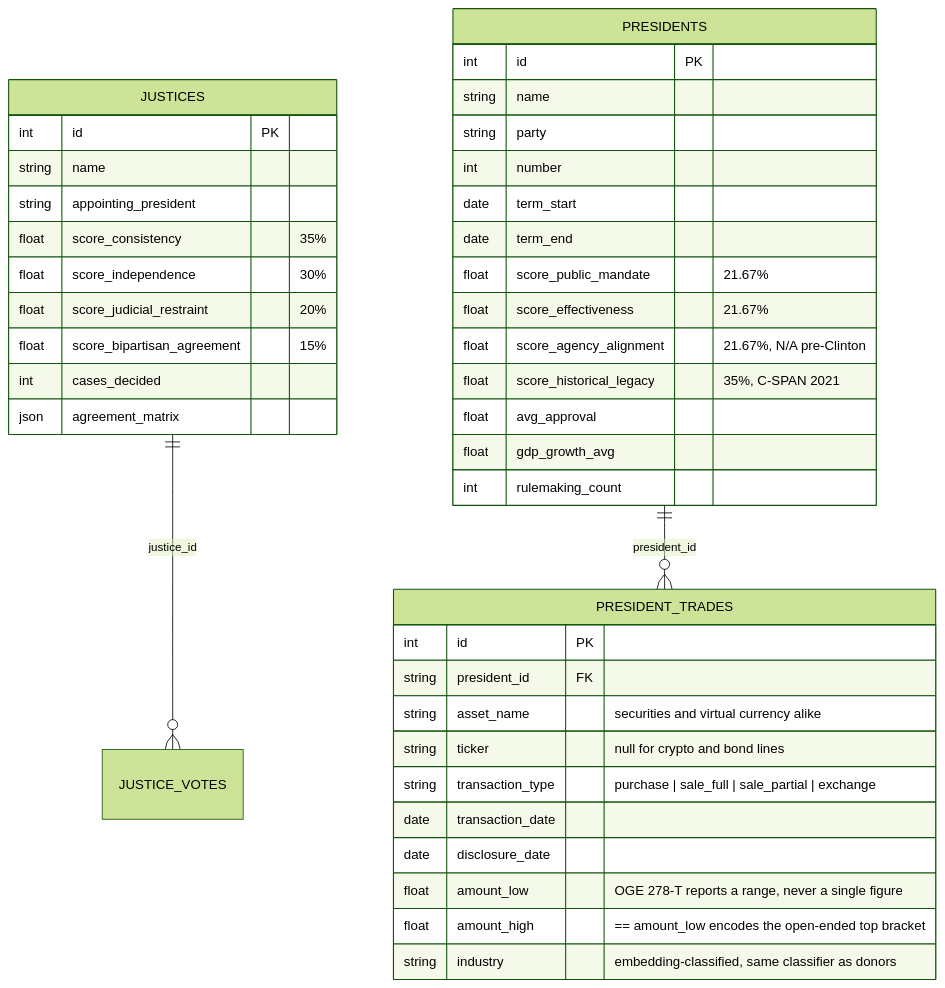
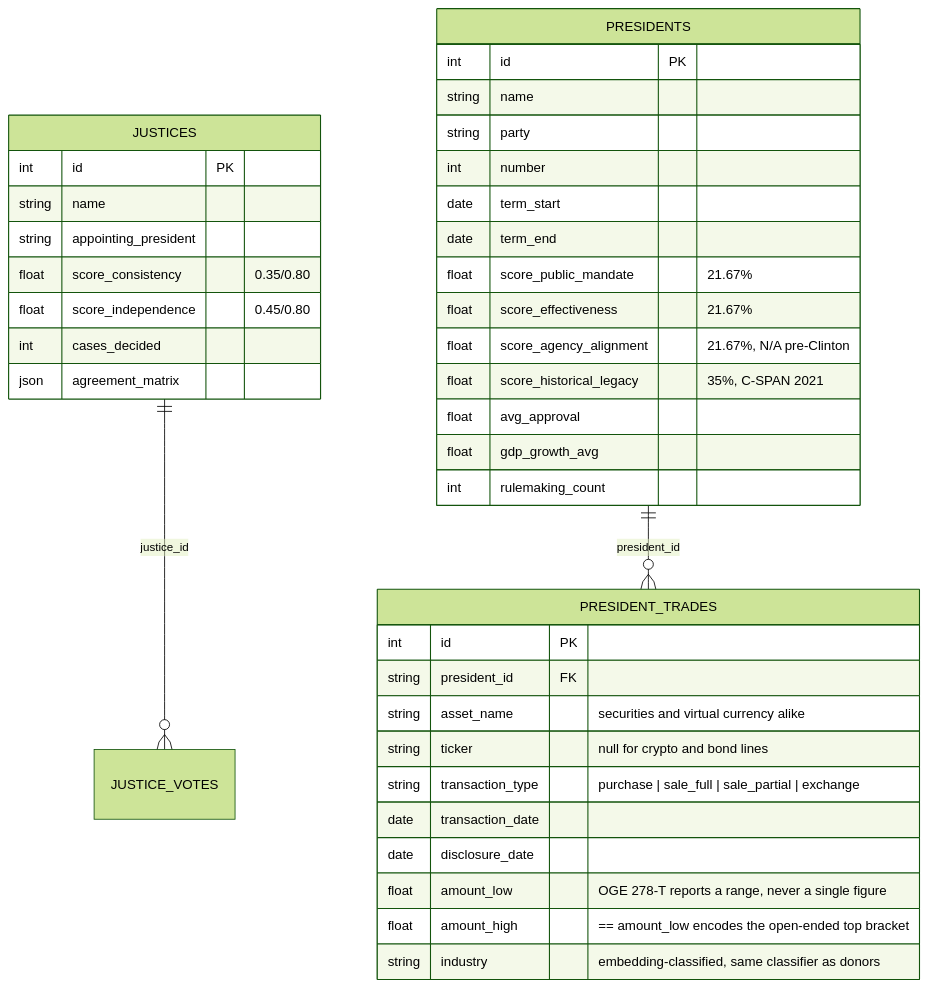
One commit to kamoras/civitas changed the second of 5 diagrams in docs/diagrams/07-data-model.md. Above: the diagram before and after it, drawn with Mermaid (forest theme). The commit also changed other lines of this file and 171 other files, not shown here.

````diff
--- a/docs/diagrams/07-data-model.md
+++ b/docs/diagrams/07-data-model.md
@@ -79,46 +79,44 @@
 ```mermaid
 erDiagram
     JUSTICES ||--o{ JUSTICE_VOTES : "justice_id"
     PRESIDENTS ||--o{ PRESIDENT_TRADES : "president_id"
 
     PRESIDENTS {
         int id PK
         string name
         string party
         int number
         date term_start
         date term_end
         float score_public_mandate "21.67%"
         float score_effectiveness "21.67%"
         float score_agency_alignment "21.67%, N/A pre-Clinton"
         float score_historical_legacy "35%, C-SPAN 2021"
         float avg_approval
         float gdp_growth_avg
         int rulemaking_count
     }
 
     PRESIDENT_TRADES {
         int id PK
         string president_id FK
         string asset_name "securities and virtual currency alike"
         string ticker "null for crypto and bond lines"
         string transaction_type "purchase | sale_full | sale_partial | exchange"
         date transaction_date
         date disclosure_date
         float amount_low "OGE 278-T reports a range, never a single figure"
         float amount_high "== amount_low encodes the open-ended top bracket"
         string industry "embedding-classified, same classifier as donors"
     }
 
     JUSTICES {
         int id PK
         string name
         string appointing_president
-        float score_consistency "35%"
-        float score_independence "30%"
-        float score_judicial_restraint "20%"
-        float score_bipartisan_agreement "15%"
+        float score_consistency "0.35/0.80"
+        float score_independence "0.45/0.80"
         int cases_decided
         json agreement_matrix
     }
 ```
````
